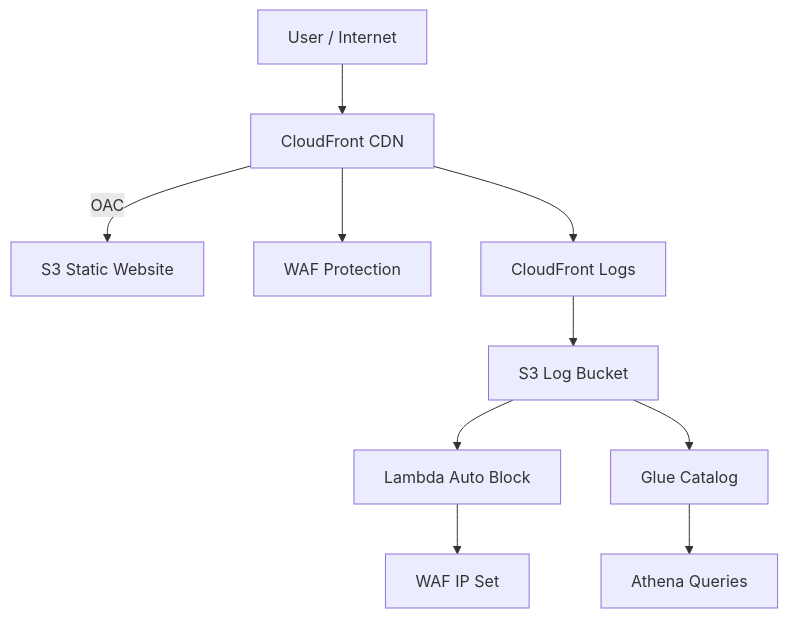
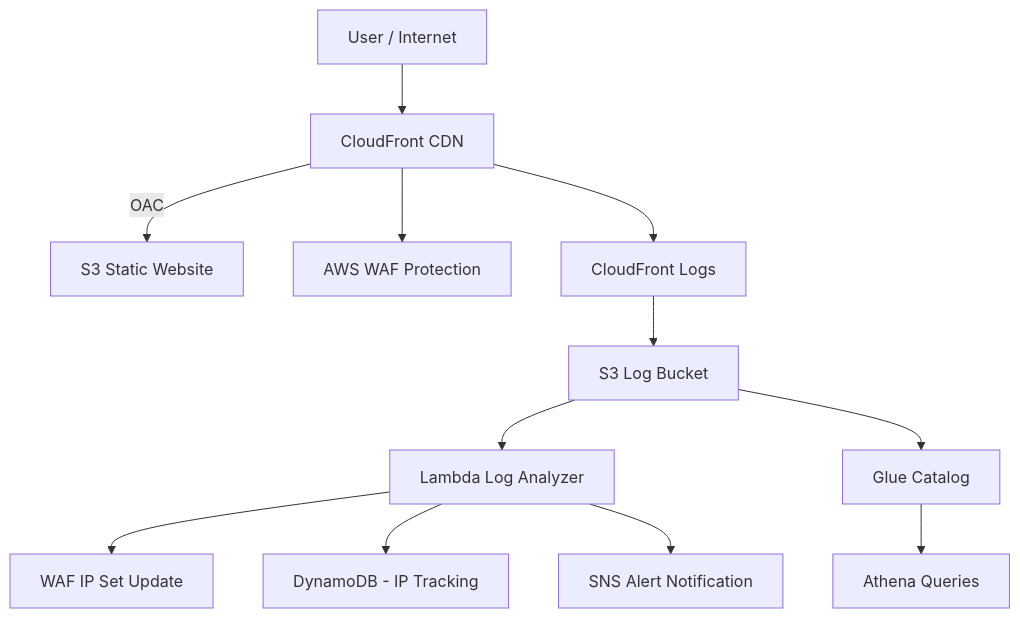
Before and after one commit to mohsen2181/terraform-aws-projets: the diagram in README.md, drawn with Mermaid. The commit also changed other lines of this file and 6 other files, not shown here.

Commit message:
adding sns notification and dynamodb features

````diff
--- a/README.md
+++ b/README.md
@@ -20,12 +21,14 @@
 ```mermaid
 flowchart TD
     A[User / Internet] --> B[CloudFront CDN]
     B -->|OAC| C[S3 Static Website]
-    B --> D[WAF Protection]
+    B --> D[AWS WAF Protection]
     B --> E[CloudFront Logs]
     E --> F[S3 Log Bucket]
-    F --> G[Lambda Auto Block]
-    G --> H[WAF IP Set]
-    F --> I[Glue Catalog]
-    I --> J[Athena Queries]
+    F --> G[Lambda Log Analyzer]
+    G --> H[WAF IP Set Update]
+    G --> I[DynamoDB - IP Tracking]
+    G --> J[SNS Alert Notification]
+    F --> K[Glue Catalog]
+    K --> L[Athena Queries]
 ```
````
